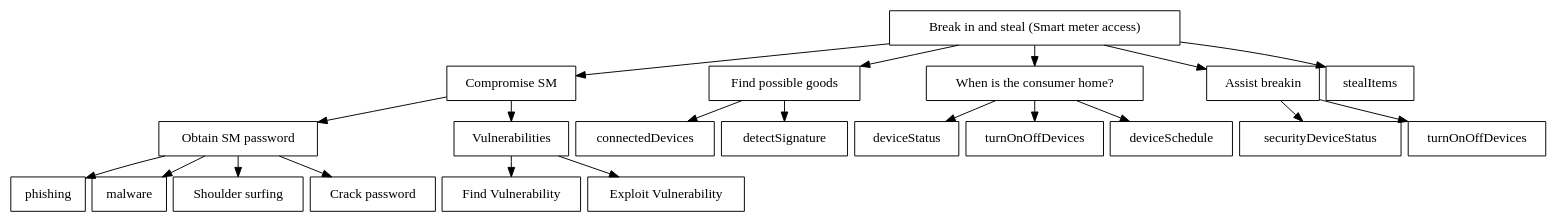
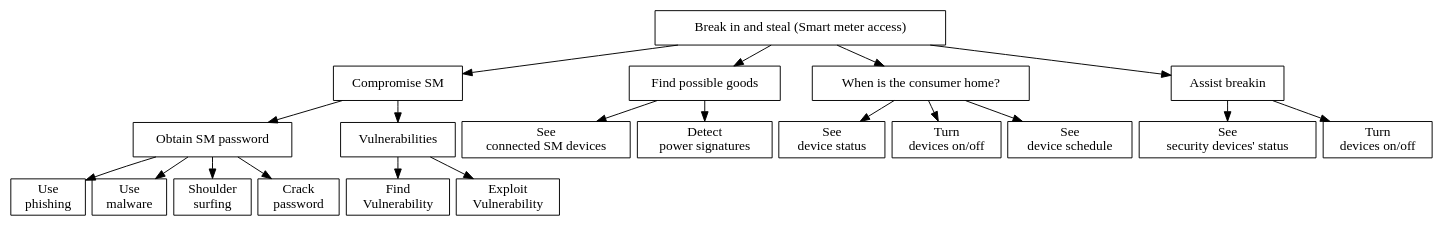
One commit to des904e15/report changed the diagram in figures/graphviz/burglarSM.dot. Above: the diagram before and after it, drawn with Graphviz. The commit also changed 1 other file, not shown here.

```diff
--- a/figures/graphviz/burglarSM.dot
+++ b/figures/graphviz/burglarSM.dot
@@ -1,49 +1,55 @@
 digraph G {
 
  graph[ center=true, margin=0.2, nodesep=0.1, ranksep=0.3]
  node[ shape=rectangle]
 
 root [label="Break in and steal (Smart meter access)", shape=AND];
 compromiseSM[label="Compromise SM"];
 goodstuff [label="Find possible goods", shape=OR];
 atHome [label="When is the consumer home?", shape=OR];
 breakIn [label="Break in"];
 
 root -> compromiseSM;
 
 obtainPassword[label="Obtain SM password", shape=OR];
 compromiseSM[shape=OR];
 compromiseSM -> obtainPassword;
+phishing[label="Use\nphishing"];
+malware[label="Use\nmalware"];
 obtainPassword -> phishing;
 obtainPassword -> malware;
-shoulderSurfing[label="Shoulder surfing"];
+shoulderSurfing[label="Shoulder\nsurfing"];
 obtainPassword -> shoulderSurfing;
-crackPassword[label="Crack password"];
+crackPassword[label="Crack\npassword"];
 obtainPassword -> crackPassword;
 
 exploitVulnerability[shape=AND];
 exploitVulnerability[label="Vulnerabilities"];
 compromiseSM -> exploitVulnerability;
-findVuln[label="Find Vulnerability"];
-exploitVuln[label="Exploit Vulnerability"];
+findVuln[label="Find\nVulnerability"];
+exploitVuln[label="Exploit\nVulnerability"];
 exploitVulnerability -> findVuln;
 exploitVulnerability -> exploitVuln;
 
 
 root -> goodstuff;
-connectedDevices;
+connectedDevices[label="See\nconnected SM devices"];
+detectSignature[label="Detect\npower signatures"];
 goodstuff->connectedDevices;
 goodstuff->detectSignature;
 
 root -> atHome;
+deviceStatus[label="See\ndevice status"];
+turnOnOffDevices[label="Turn\ndevices on/off"];
+deviceSchedule[label="See\ndevice schedule"];
 atHome -> deviceStatus;
 atHome -> turnOnOffDevices;
 atHome -> deviceSchedule;
 
 breakIn[shape=OR, label="Assist breakin"]
 root ->	breakIn;
+securityDeviceStatus[label="See\nsecurity devices' status"];
 breakIn -> securityDeviceStatus;
-root -> stealItems;
-turnOnOffDevices2[label="turnOnOffDevices"];
+turnOnOffDevices2[label="Turn\ndevices on/off"];
 breakIn -> turnOnOffDevices2;
 }
```
